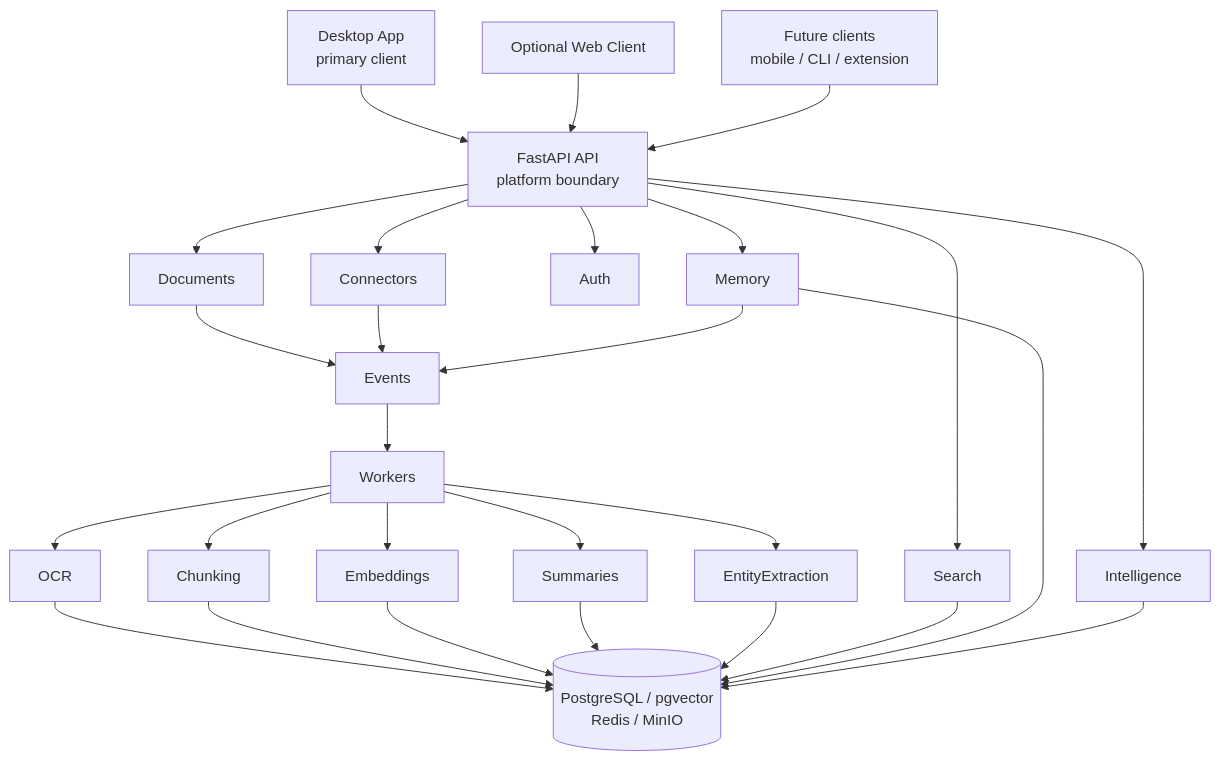
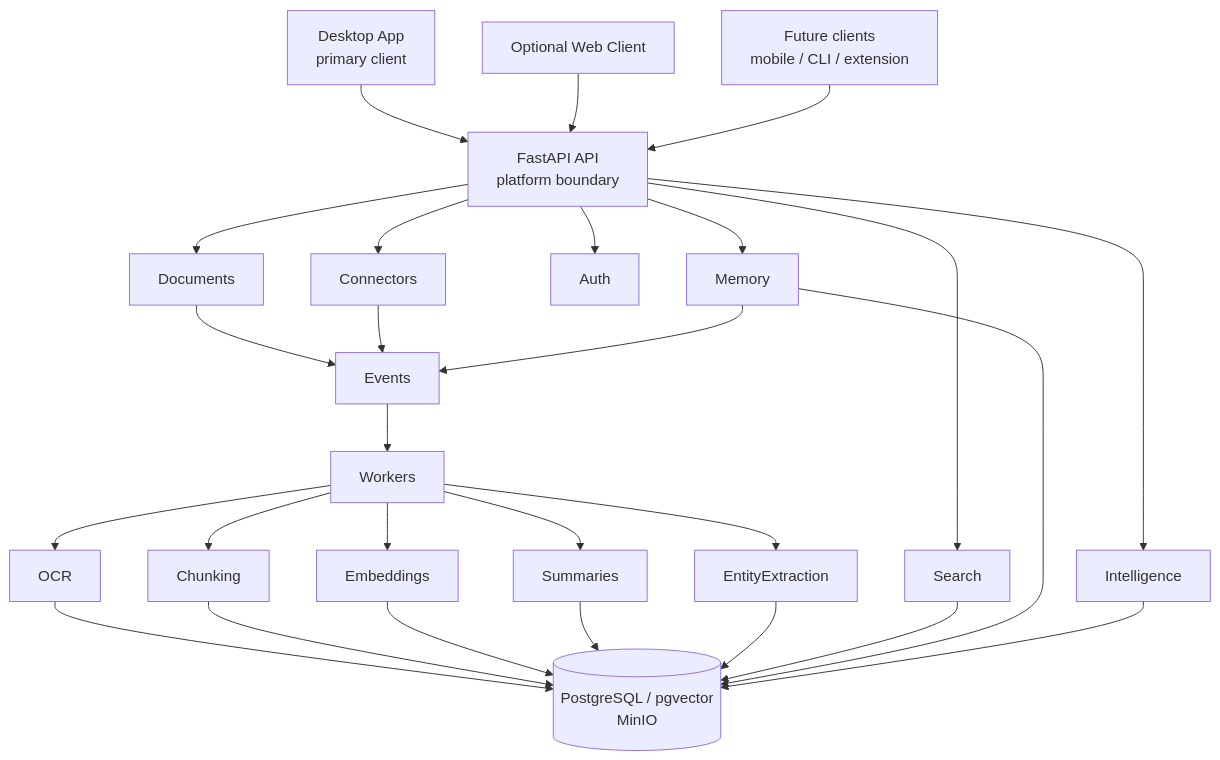
The diagram in docs/ARCHITECTURE.md (treyisrael7/memovi), drawn with Mermaid before and after one commit. The commit also changed other lines of this file and 16 other files, not shown here.

````diff
--- a/docs/ARCHITECTURE.md
+++ b/docs/ARCHITECTURE.md
@@ -194,43 +194,43 @@
 ```mermaid
 flowchart TD
     Desktop[Desktop App<br/>primary client]
     Web[Optional Web Client]
     Other[Future clients<br/>mobile / CLI / extension]
 
     Desktop --> API
     Web --> API
     Other --> API
 
     API[FastAPI API<br/>platform boundary]
 
     API --> Documents
     API --> Memory
     API --> Search
     API --> Intelligence
     API --> Auth
     API --> Connectors
 
     Documents --> Events
     Connectors --> Events
     Memory --> Events
 
     Events --> Workers
 
     Workers --> OCR
     Workers --> Chunking
     Workers --> Embeddings
     Workers --> Summaries
     Workers --> EntityExtraction
 
     OCR --> Storage
     Chunking --> Storage
     Embeddings --> Storage
     Summaries --> Storage
     EntityExtraction --> Storage
 
     Search --> Storage
     Memory --> Storage
     Intelligence --> Storage
 
-    Storage[(PostgreSQL / pgvector<br/>Redis / MinIO)]
+    Storage[(PostgreSQL / pgvector<br/>MinIO)]
 ```
````
